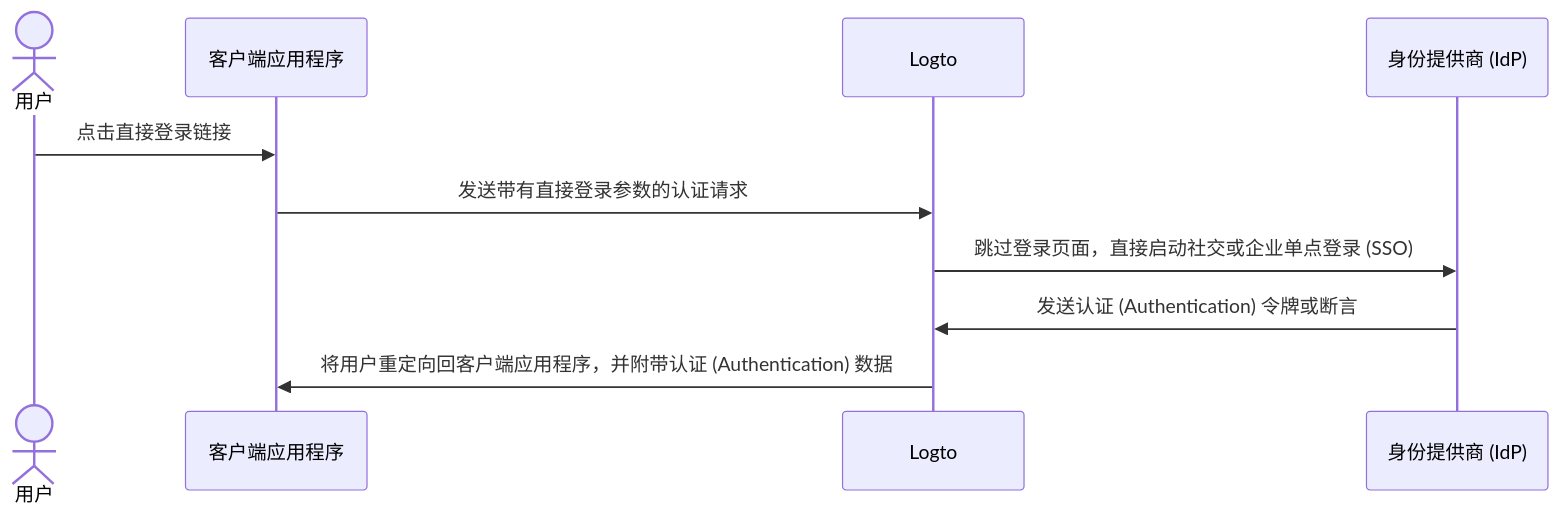
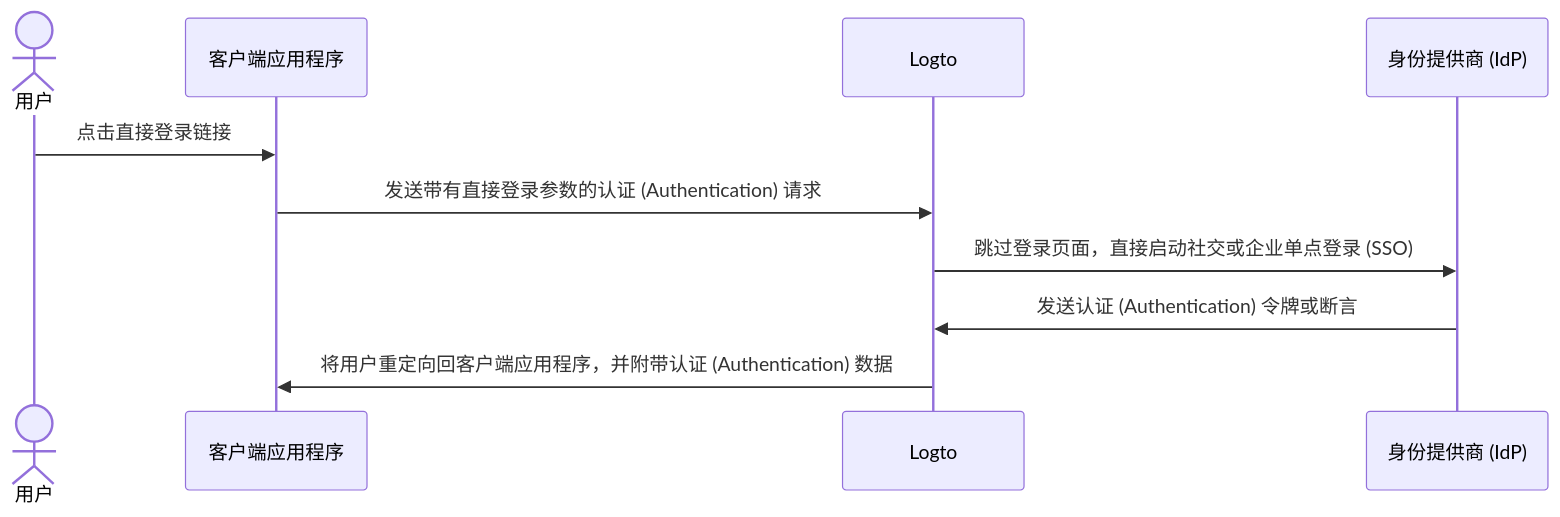
The diagram in i18n/zh-CN/docusaurus-plugin-content-docs/current/end-user-flows/authentication-parameters/direct-sign-in.mdx (logto-io/docs), drawn with Mermaid before and after one commit. The commit also changed other lines of this file and 428 other files, not shown here.

````diff
--- a/i18n/zh-CN/docusaurus-plugin-content-docs/current/end-user-flows/authentication-parameters/direct-sign-in.mdx
+++ b/i18n/zh-CN/docusaurus-plugin-content-docs/current/end-user-flows/authentication-parameters/direct-sign-in.mdx
@@ -11,13 +11,13 @@
 ```mermaid
 sequenceDiagram
     actor user as 用户
     participant app as 客户端应用程序
     participant logto as Logto
     participant idp as 身份提供商 (IdP)
 
     user->>app: 点击直接登录链接
-    app->>logto: 发送带有直接登录参数的认证请求
+    app->>logto: 发送带有直接登录参数的认证 (Authentication) 请求
     logto->>idp: 跳过登录页面，直接启动社交或企业单点登录 (SSO)
     idp->>logto: 发送认证 (Authentication) 令牌或断言
     logto->>app: 将用户重定向回客户端应用程序，并附带认证 (Authentication) 数据
 ```
````
